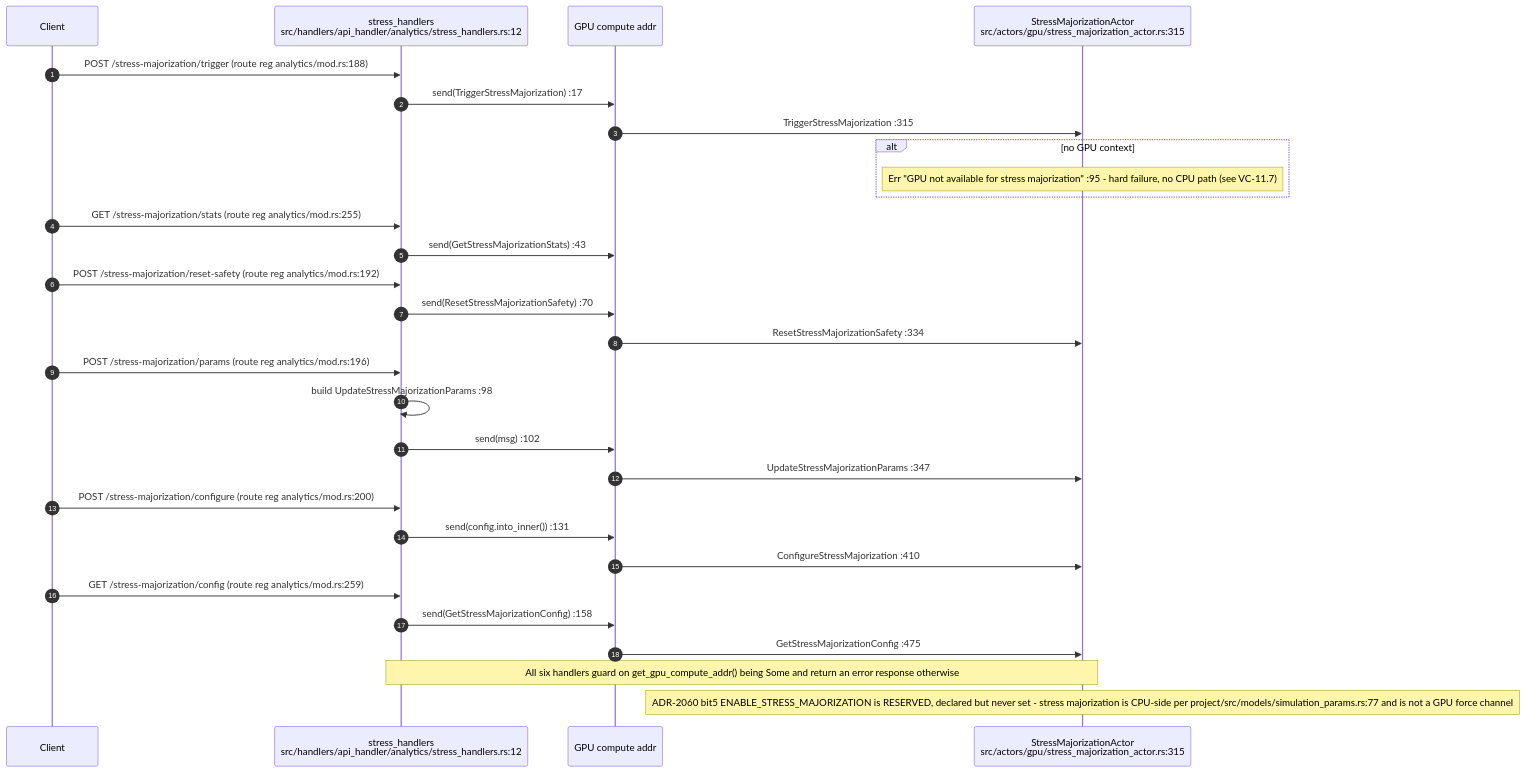
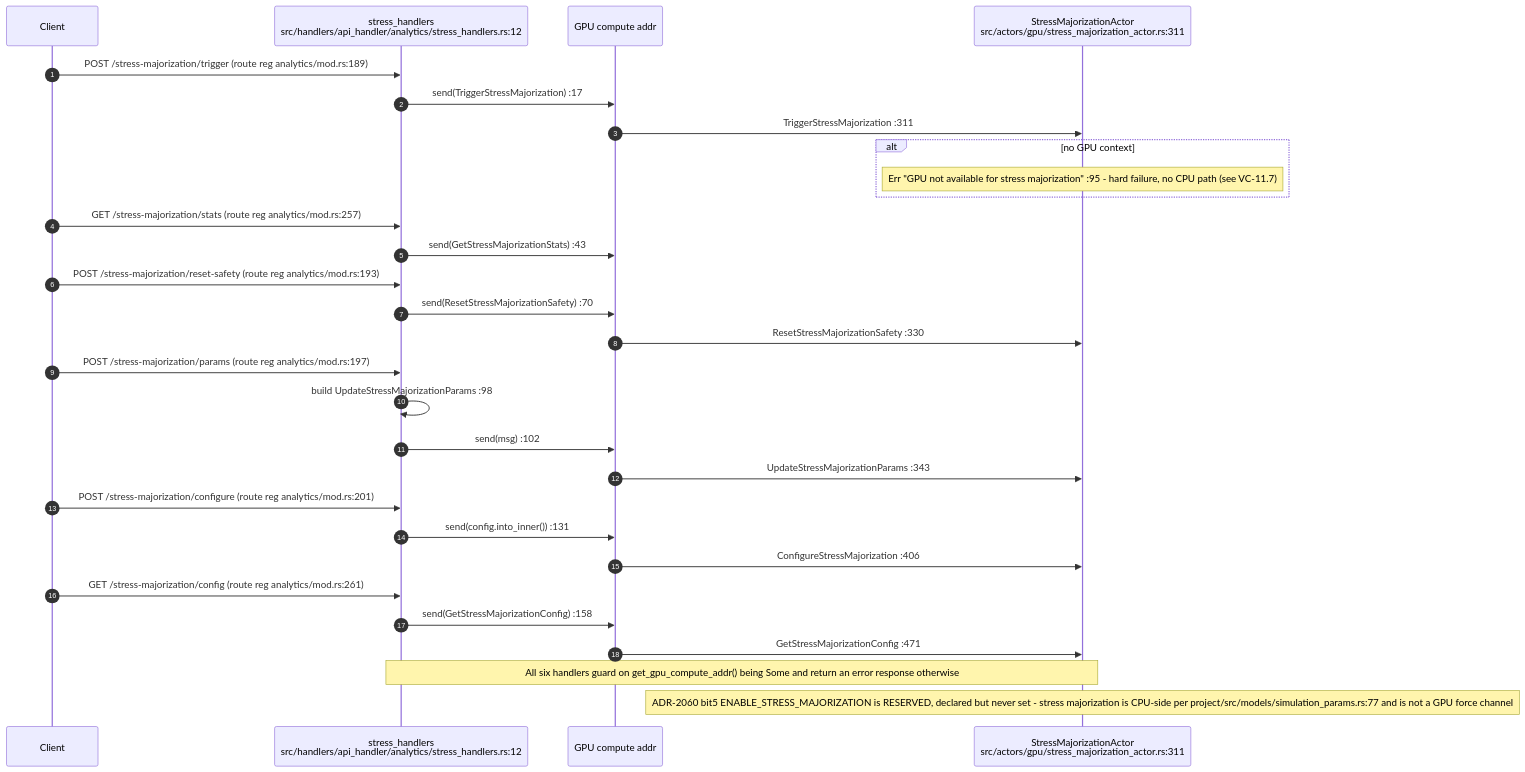
Before and after one commit to DreamLab-AI/VisionFlow: the fifth of 10 diagrams in docs/diagrams/visionclaw/18-analytics-support-handlers.md, drawn with Mermaid. The commit also changed other lines of this file and 160 other files, not shown here.

````diff
--- a/docs/diagrams/visionclaw/18-analytics-support-handlers.md
+++ b/docs/diagrams/visionclaw/18-analytics-support-handlers.md
@@ -189,32 +195,32 @@
 ```mermaid
 sequenceDiagram
     autonumber
     participant C as Client
     participant SH as stress_handlers<br/>src/handlers/api_handler/analytics/stress_handlers.rs:12
     participant GPU as GPU compute addr
-    participant SMA as StressMajorizationActor<br/>src/actors/gpu/stress_majorization_actor.rs:315
+    participant SMA as StressMajorizationActor<br/>src/actors/gpu/stress_majorization_actor.rs:311
 
-    C->>SH: POST /stress-majorization/trigger (route reg analytics/mod.rs:188)
+    C->>SH: POST /stress-majorization/trigger (route reg analytics/mod.rs:189)
     SH->>GPU: send(TriggerStressMajorization) :17
-    GPU->>SMA: TriggerStressMajorization :315
+    GPU->>SMA: TriggerStressMajorization :311
     alt no GPU context
         Note over SMA: Err "GPU not available for stress majorization" :95 - hard failure, no CPU path (see VC-11.7)
     end
-    C->>SH: GET /stress-majorization/stats (route reg analytics/mod.rs:255)
+    C->>SH: GET /stress-majorization/stats (route reg analytics/mod.rs:257)
     SH->>GPU: send(GetStressMajorizationStats) :43
-    C->>SH: POST /stress-majorization/reset-safety (route reg analytics/mod.rs:192)
+    C->>SH: POST /stress-majorization/reset-safety (route reg analytics/mod.rs:193)
     SH->>GPU: send(ResetStressMajorizationSafety) :70
-    GPU->>SMA: ResetStressMajorizationSafety :334
-    C->>SH: POST /stress-majorization/params (route reg analytics/mod.rs:196)
+    GPU->>SMA: ResetStressMajorizationSafety :330
+    C->>SH: POST /stress-majorization/params (route reg analytics/mod.rs:197)
     SH->>SH: build UpdateStressMajorizationParams :98
     SH->>GPU: send(msg) :102
-    GPU->>SMA: UpdateStressMajorizationParams :347
-    C->>SH: POST /stress-majorization/configure (route reg analytics/mod.rs:200)
+    GPU->>SMA: UpdateStressMajorizationParams :343
+    C->>SH: POST /stress-majorization/configure (route reg analytics/mod.rs:201)
     SH->>GPU: send(config.into_inner()) :131
-    GPU->>SMA: ConfigureStressMajorization :410
-    C->>SH: GET /stress-majorization/config (route reg analytics/mod.rs:259)
+    GPU->>SMA: ConfigureStressMajorization :406
+    C->>SH: GET /stress-majorization/config (route reg analytics/mod.rs:261)
     SH->>GPU: send(GetStressMajorizationConfig) :158
-    GPU->>SMA: GetStressMajorizationConfig :475
+    GPU->>SMA: GetStressMajorizationConfig :471
     Note over SH,SMA: All six handlers guard on get_gpu_compute_addr() being Some and return an error response otherwise
     Note over SMA: ADR-2060 bit5 ENABLE_STRESS_MAJORIZATION is RESERVED, declared but never set - stress majorization is CPU-side per project/src/models/simulation_params.rs:77 and is not a GPU force channel
 ```
````
